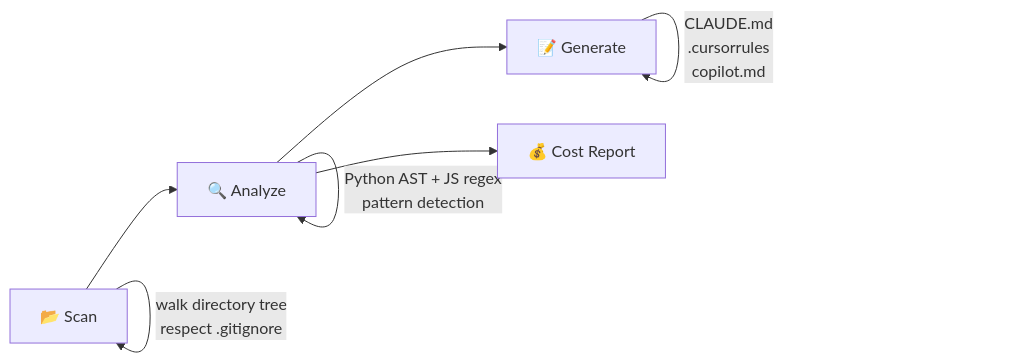
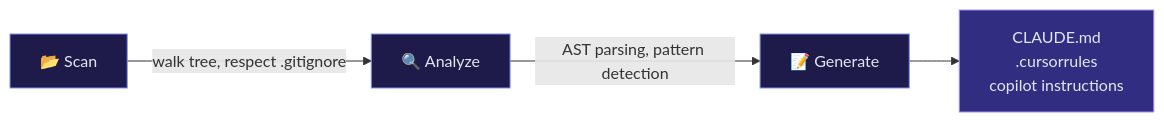
Before and after one commit to sanyamk23/ai-context: the diagram in README.md, drawn with Mermaid. The commit also changed other lines of this file and 1 other file, not shown here.

````diff
--- a/README.md
+++ b/README.md
@@ -73,10 +150,11 @@
 ```mermaid
 flowchart LR
-    A[📂 Scan] --> B[🔍 Analyze]
-    B --> C[📝 Generate]
-    B --> D[💰 Cost Report]
+    A["📂 Scan"] -->|walk tree, respect .gitignore| B["🔍 Analyze"]
+    B -->|AST parsing, pattern detection| C["📝 Generate"]
+    C --> D["CLAUDE.md\n.cursorrules\ncopilot instructions"]
 
-    A -->|"walk directory tree\nrespect .gitignore"| A
-    B -->|"Python AST + JS regex\npattern detection"| B
-    C -->|"CLAUDE.md\n.cursorrules\ncopilot.md"| C
+    style A fill:#1e1b4b,stroke:#818cf8,color:#e2e8f0
+    style B fill:#1e1b4b,stroke:#818cf8,color:#e2e8f0
+    style C fill:#1e1b4b,stroke:#818cf8,color:#e2e8f0
+    style D fill:#312e81,stroke:#a78bfa,color:#e2e8f0
 ```
````
